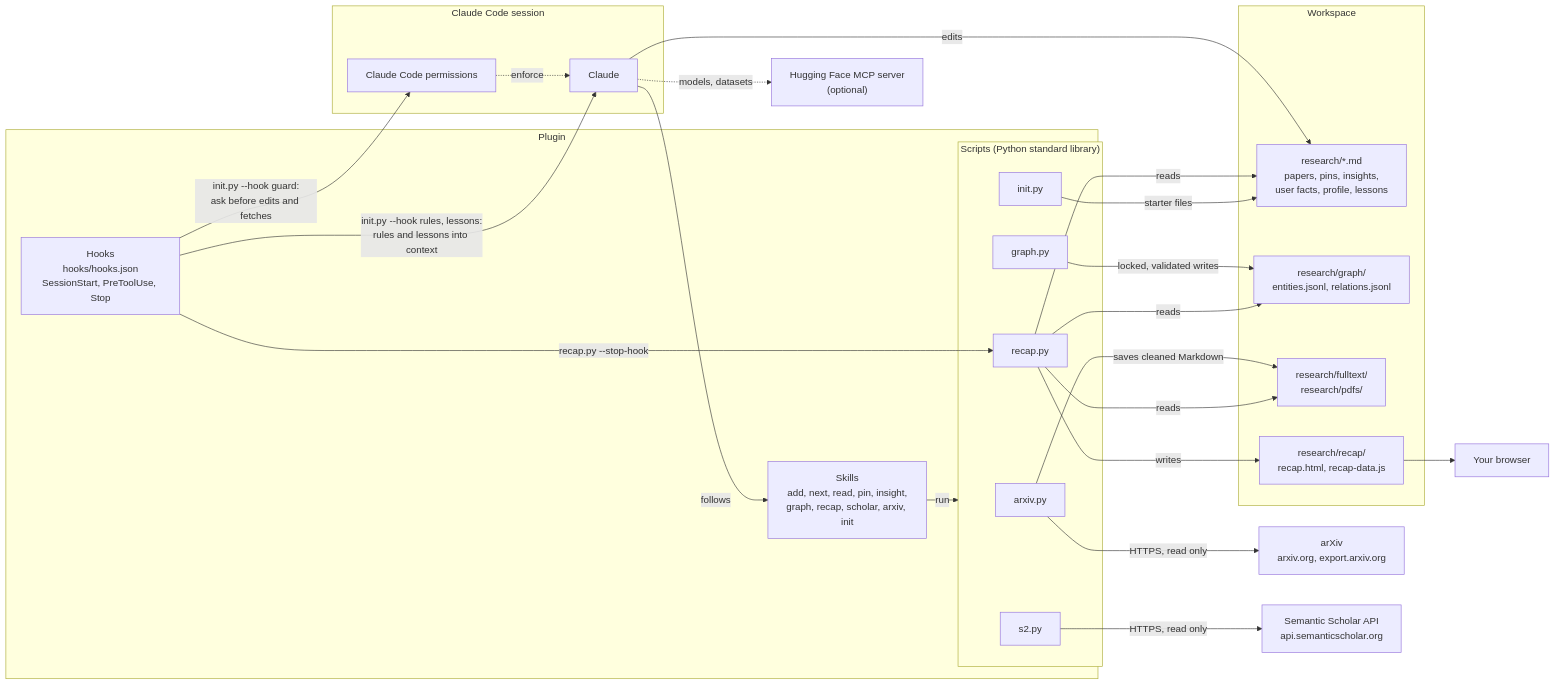
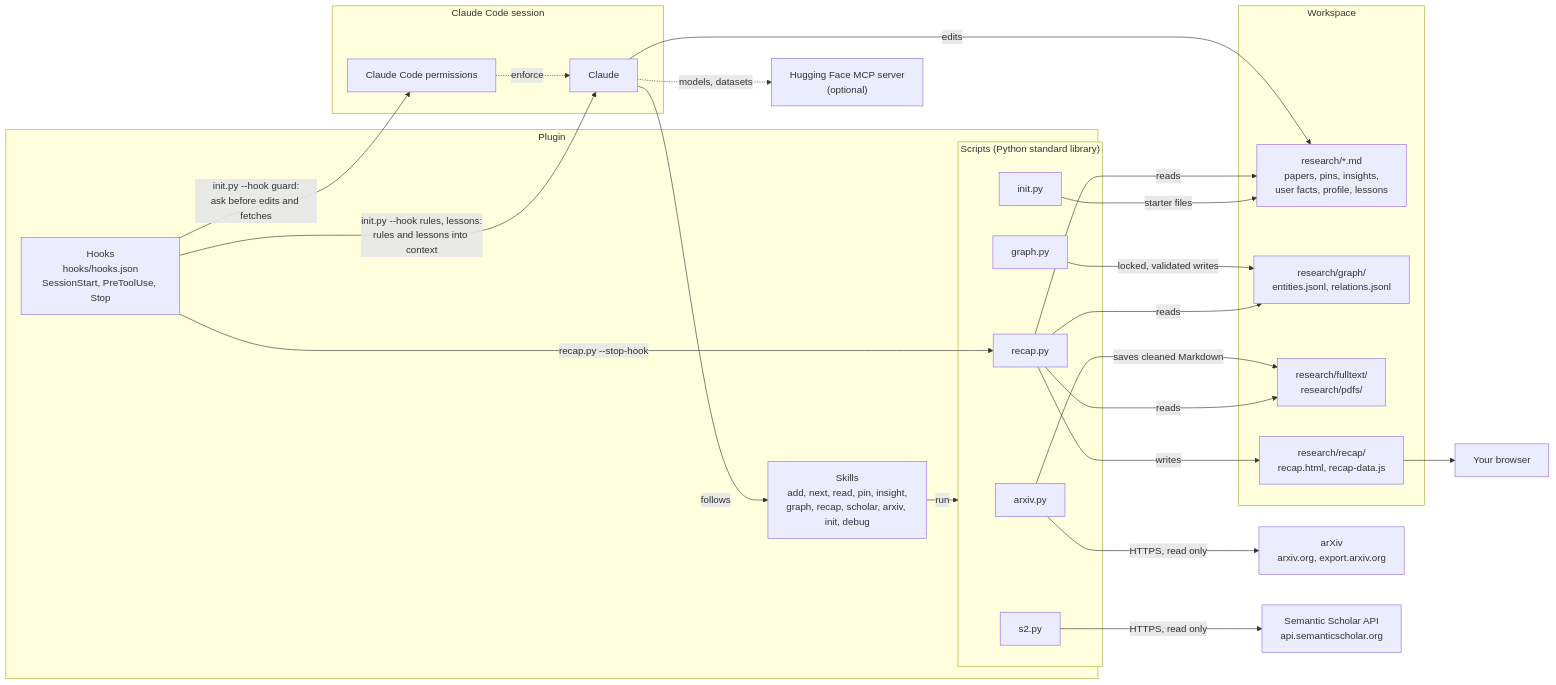
The diagram in docs/architecture.md (marfago-labs/paper-research), drawn with Mermaid before and after one commit. The commit also changed other lines of this file and 34 other files, not shown here.

````diff
--- a/docs/architecture.md
+++ b/docs/architecture.md
@@ -5,50 +5,50 @@
 ```mermaid
 flowchart LR
     subgraph session["Claude Code session"]
         claude["Claude"]
         perms["Claude Code permissions"]
     end
 
     subgraph plugin["Plugin"]
-        skills["Skills<br/>add, next, read, pin, insight,<br/>graph, recap, scholar, arxiv, init"]
+        skills["Skills<br/>add, next, read, pin, insight,<br/>graph, recap, scholar, arxiv, init, debug"]
         hooks["Hooks<br/>hooks/hooks.json<br/>SessionStart, PreToolUse, Stop"]
         subgraph scripts["Scripts (Python standard library)"]
             arxivpy["arxiv.py"]
             s2py["s2.py"]
             graphpy["graph.py"]
             recappy["recap.py"]
             initpy["init.py"]
         end
     end
 
     subgraph workspace["Workspace"]
         notes["research/*.md<br/>papers, pins, insights,<br/>user facts, profile, lessons"]
         graphfiles["research/graph/<br/>entities.jsonl, relations.jsonl"]
         fulltext["research/fulltext/<br/>research/pdfs/"]
         page["research/recap/<br/>recap.html, recap-data.js"]
     end
 
     arxivhost["arXiv<br/>arxiv.org, export.arxiv.org"]
     s2host["Semantic Scholar API<br/>api.semanticscholar.org"]
     hf["Hugging Face MCP server<br/>(optional)"]
     browser["Your browser"]
 
     perms -. enforce .-> claude
     claude -->|"follows"| skills
     skills -->|"run"| scripts
     claude -->|"edits"| notes
     claude -. "models, datasets" .-> hf
     arxivpy -->|"HTTPS, read only"| arxivhost
     s2py -->|"HTTPS, read only"| s2host
     arxivpy -->|"saves cleaned Markdown"| fulltext
     graphpy -->|"locked, validated writes"| graphfiles
     recappy -->|"reads"| notes
     recappy -->|"reads"| graphfiles
     recappy -->|"reads"| fulltext
     recappy -->|"writes"| page
     initpy -->|"starter files"| notes
     hooks -->|"init.py --hook rules, lessons:<br/>rules and lessons into context"| claude
     hooks -->|"init.py --hook guard:<br/>ask before edits and fetches"| perms
     hooks -->|"recap.py --stop-hook"| recappy
     page --> browser
 ```
````
